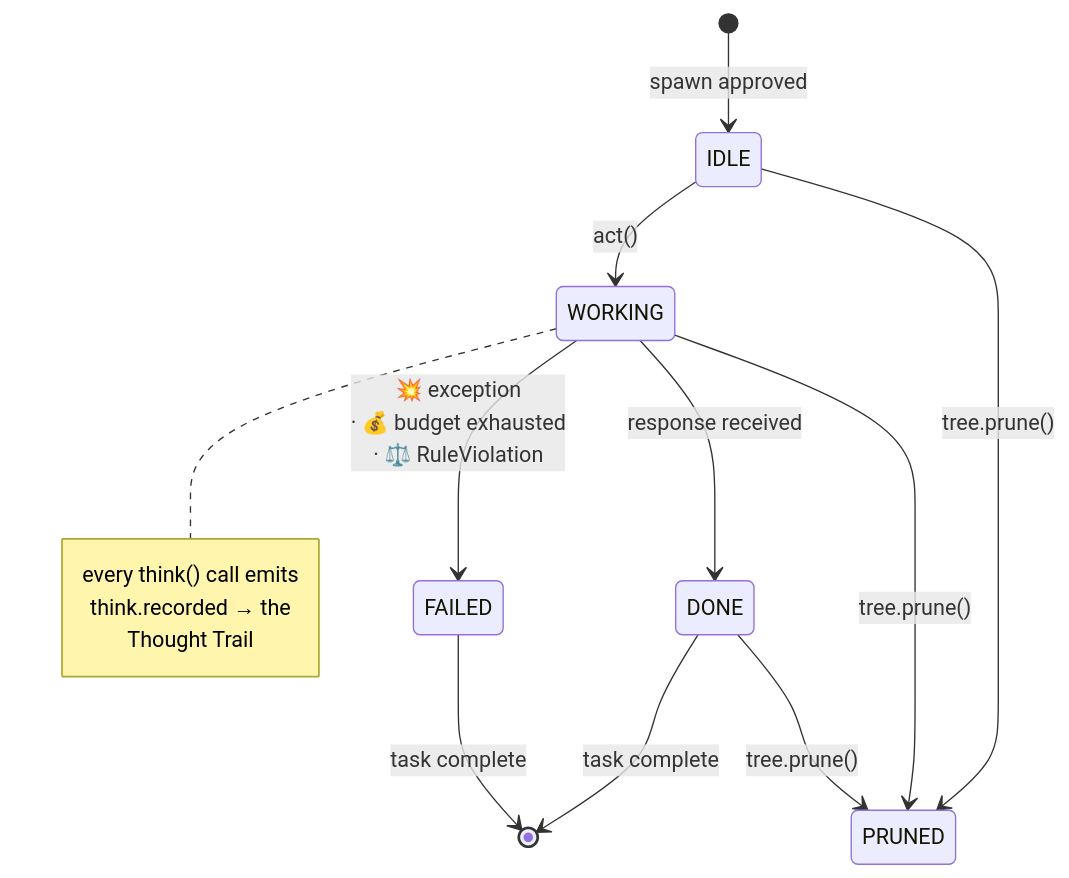
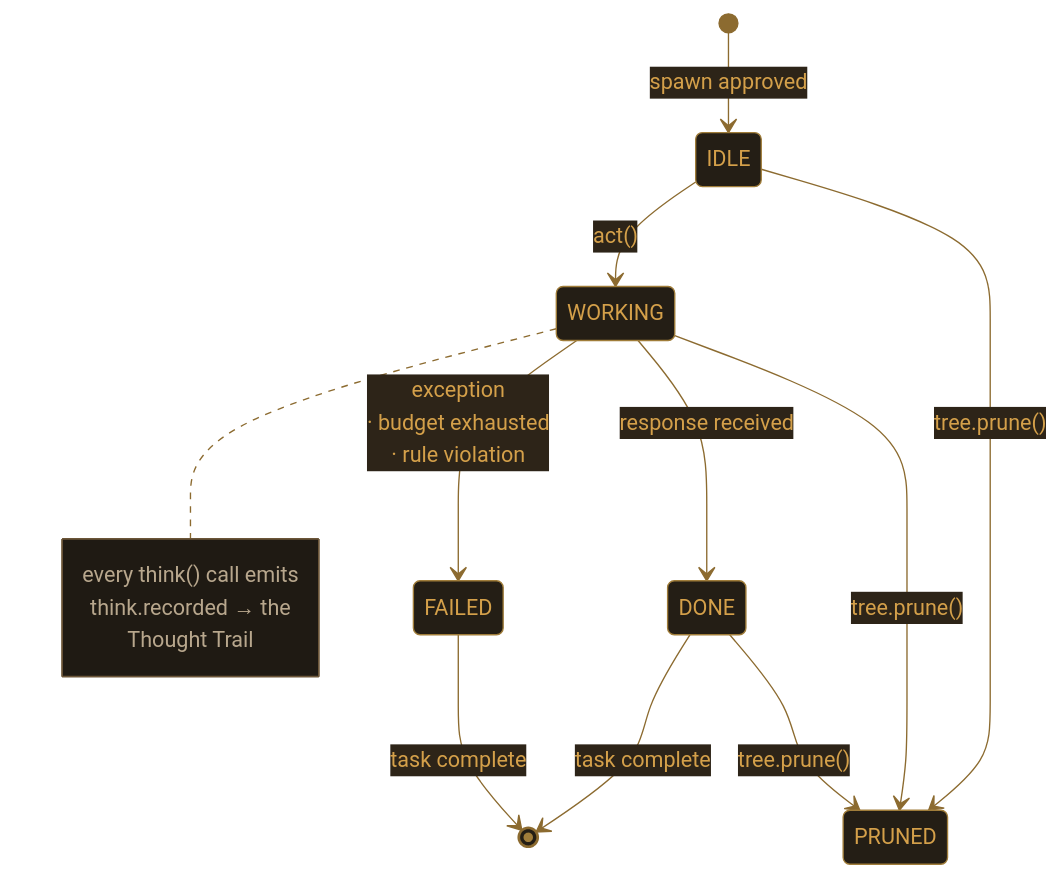
The fourth of 4 diagrams in README.md (Ranzim/ormica), drawn with Mermaid before and after one commit. The commit also changed other lines of this file, not shown here.

````diff
--- a/README.md
+++ b/README.md
@@ -222,18 +235,25 @@
 ```mermaid
+%%{init: {'theme':'base','themeVariables':{
+  'background':'#14110d',
+  'primaryColor':'#241e15','primaryBorderColor':'#a07d3a','primaryTextColor':'#d4a04a',
+  'lineColor':'#8c6b30','secondaryColor':'#2d2418','tertiaryColor':'#1f1a13',
+  'noteBkgColor':'#1f1a13','noteBorderColor':'#6b5538','noteTextColor':'#b8a78d',
+  'labelTextColor':'#d4a04a','labelBoxBkgColor':'#241e15','labelBoxBorderColor':'#6b5538'
+}}}%%
 stateDiagram-v2
     [*] --> IDLE: spawn approved
     IDLE --> WORKING: act()
     WORKING --> DONE: response received
-    WORKING --> FAILED: 💥 exception<br/>· 💰 budget exhausted<br/>· ⚖️ RuleViolation
+    WORKING --> FAILED: exception<br/>· budget exhausted<br/>· rule violation
     DONE --> [*]: task complete
     FAILED --> [*]: task complete
     IDLE --> PRUNED: tree.prune()
     WORKING --> PRUNED: tree.prune()
     DONE --> PRUNED: tree.prune()
 
     note right of WORKING
         every think() call emits
         think.recorded → the
         Thought Trail
     end note
 ```
````
